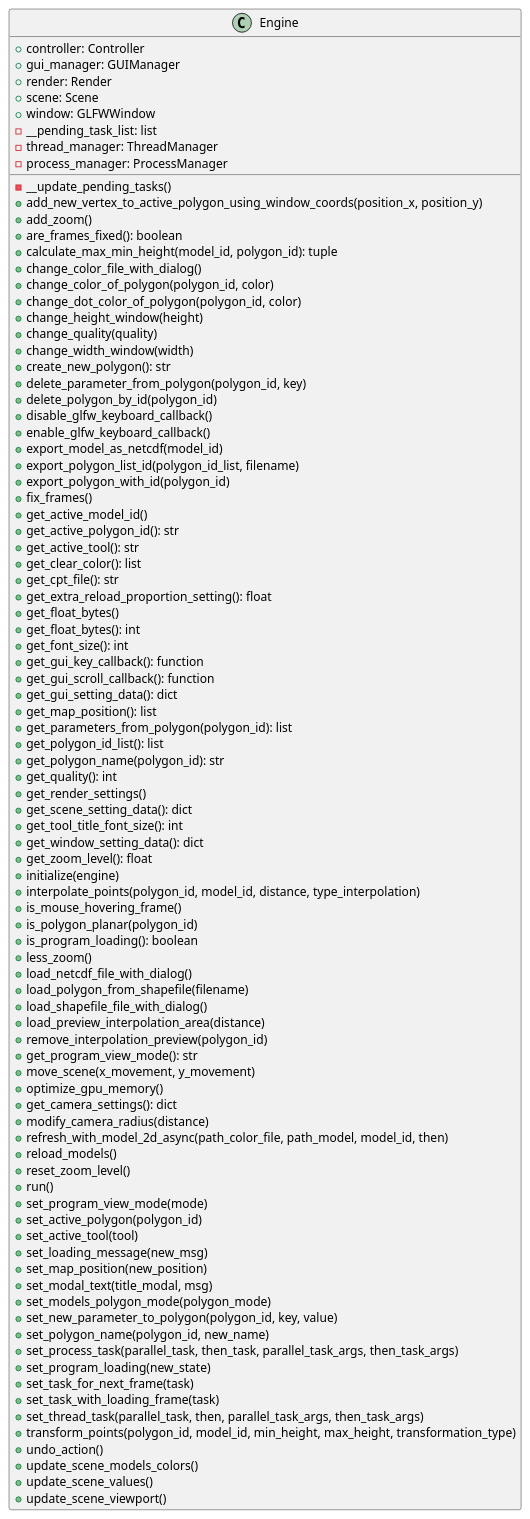
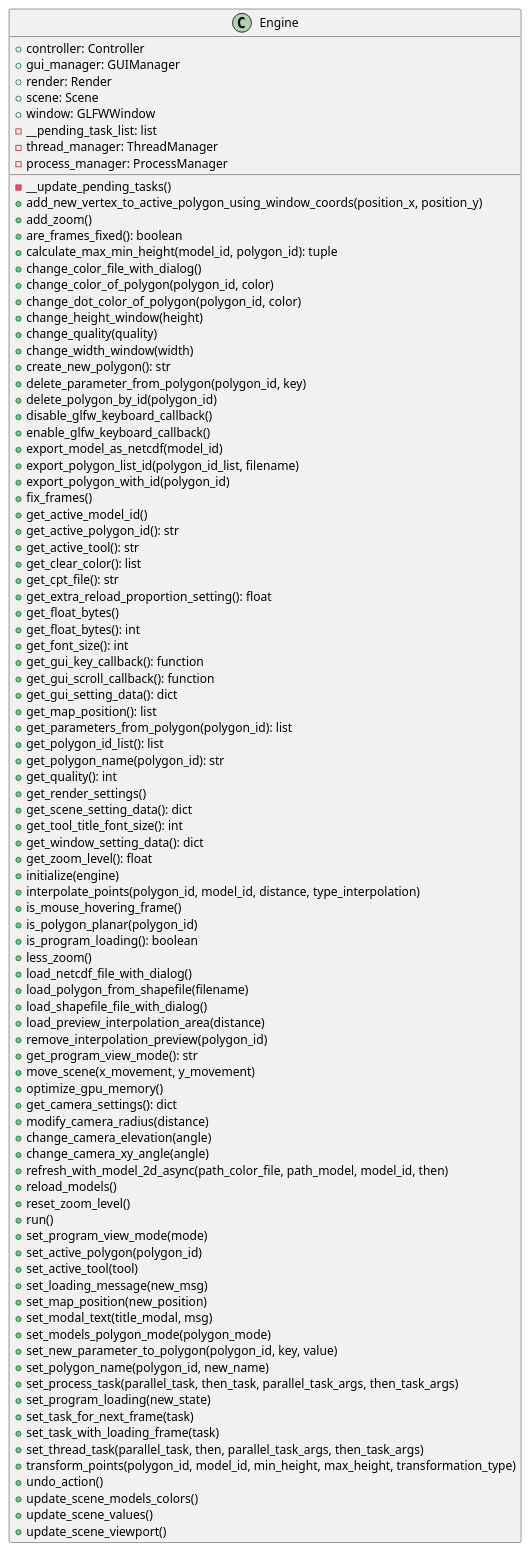
Before and after one commit to ferpoble2/Relief_Creator: the diagram in docs/classes/Engine.puml, drawn with PlantUML. The commit also changed 7 other files, not shown here.

Commit message:
Added movement along the azimutal and elevation angle with the controller

```diff
--- a/docs/classes/Engine.puml
+++ b/docs/classes/Engine.puml
@@ -1,95 +1,97 @@
 @startuml
 class Engine {
     + controller: Controller
     + gui_manager: GUIManager
     + render: Render
     + scene: Scene
     + window: GLFWWindow
     - __pending_task_list: list
     - thread_manager: ThreadManager
     - process_manager: ProcessManager
 
     - __update_pending_tasks()
     + add_new_vertex_to_active_polygon_using_window_coords(position_x, position_y)
     + add_zoom()
     + are_frames_fixed(): boolean
     + calculate_max_min_height(model_id, polygon_id): tuple
     + change_color_file_with_dialog()
     + change_color_of_polygon(polygon_id, color)
     + change_dot_color_of_polygon(polygon_id,  color)
     + change_height_window(height)
     + change_quality(quality)
     + change_width_window(width)
     + create_new_polygon(): str
     + delete_parameter_from_polygon(polygon_id, key)
     + delete_polygon_by_id(polygon_id)
     + disable_glfw_keyboard_callback()
     + enable_glfw_keyboard_callback()
     + export_model_as_netcdf(model_id)
     + export_polygon_list_id(polygon_id_list, filename)
     + export_polygon_with_id(polygon_id)
     + fix_frames()
     + get_active_model_id()
     + get_active_polygon_id(): str
     + get_active_tool(): str
     + get_clear_color(): list
     + get_cpt_file(): str
     + get_extra_reload_proportion_setting(): float
     + get_float_bytes()
     + get_float_bytes(): int
     + get_font_size(): int
     + get_gui_key_callback(): function
     + get_gui_scroll_callback(): function
     + get_gui_setting_data(): dict
     + get_map_position(): list
     + get_parameters_from_polygon(polygon_id): list
     + get_polygon_id_list(): list
     + get_polygon_name(polygon_id): str
     + get_quality(): int
     + get_render_settings()
     + get_scene_setting_data(): dict
     + get_tool_title_font_size(): int
     + get_window_setting_data(): dict
     + get_zoom_level(): float
     + initialize(engine)
     + interpolate_points(polygon_id, model_id, distance, type_interpolation)
     + is_mouse_hovering_frame()
     + is_polygon_planar(polygon_id)
     + is_program_loading(): boolean
     + less_zoom()
     + load_netcdf_file_with_dialog()
     + load_polygon_from_shapefile(filename)
     + load_shapefile_file_with_dialog()
     + load_preview_interpolation_area(distance)
     + remove_interpolation_preview(polygon_id)
     + get_program_view_mode(): str
     + move_scene(x_movement, y_movement)
     + optimize_gpu_memory()
     + get_camera_settings(): dict
     + modify_camera_radius(distance)
+    + change_camera_elevation(angle)
+    + change_camera_xy_angle(angle)
     + refresh_with_model_2d_async(path_color_file, path_model, model_id, then)
     + reload_models()
     + reset_zoom_level()
     + run()
     + set_program_view_mode(mode)
     + set_active_polygon(polygon_id)
     + set_active_tool(tool)
     + set_loading_message(new_msg)
     + set_map_position(new_position)
     + set_modal_text(title_modal, msg)
     + set_models_polygon_mode(polygon_mode)
     + set_new_parameter_to_polygon(polygon_id, key, value)
     + set_polygon_name(polygon_id, new_name)
     + set_process_task(parallel_task, then_task, parallel_task_args, then_task_args)
     + set_program_loading(new_state)
     + set_task_for_next_frame(task)
     + set_task_with_loading_frame(task)
     + set_thread_task(parallel_task, then, parallel_task_args, then_task_args)
     + transform_points(polygon_id, model_id, min_height, max_height, transformation_type)
     + undo_action()
     + update_scene_models_colors()
     + update_scene_values()
     + update_scene_viewport()
 }
 
 @enduml
```
